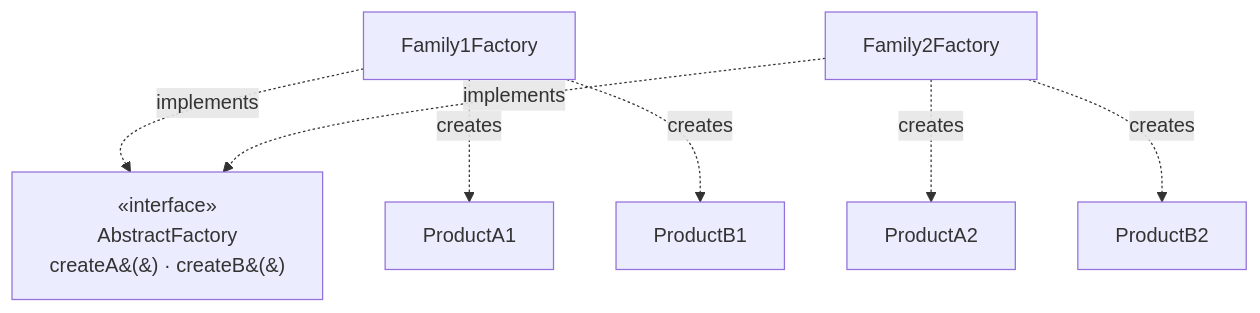
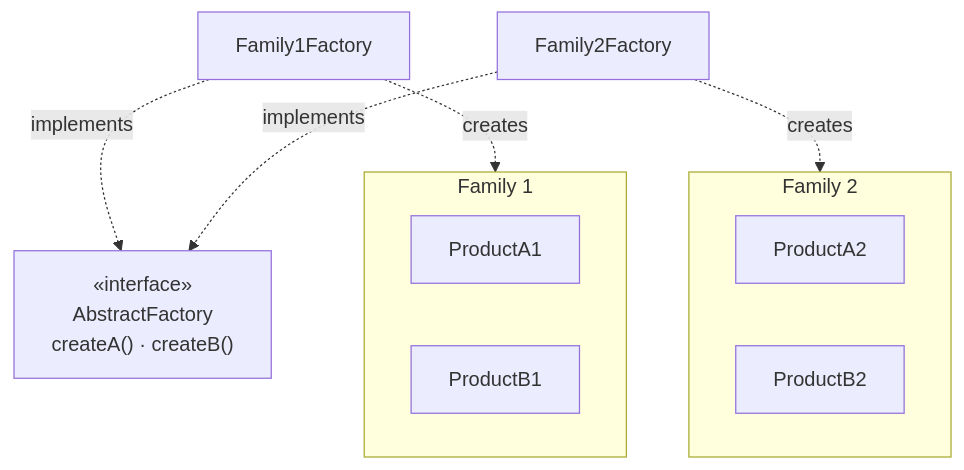
The diagram in i18n/en-US/docusaurus-plugin-content-docs/current/03-design-patterns/abstract-factory.md (oadcavalcante/software-architecture-mastery), drawn with Mermaid before and after one commit. The commit also changed 27 other files, not shown here.

First line of the commit message:
diagramas: parenteses renderizando como &(&) e largura ilegivel no telefone

````diff
--- a/i18n/en-US/docusaurus-plugin-content-docs/current/03-design-patterns/abstract-factory.md
+++ b/i18n/en-US/docusaurus-plugin-content-docs/current/03-design-patterns/abstract-factory.md
@@ -47,8 +47,16 @@
 ```mermaid
 graph TB
-  AF["«interface»<br/>AbstractFactory<br/>createA&#40;&#41; · createB&#40;&#41;"]
+  AF["«interface»<br/>AbstractFactory<br/>createA() · createB()"]
   F1[Family1Factory] -.implements.-> AF
   F2[Family2Factory] -.implements.-> AF
-  F1 -.creates.-> A1[ProductA1] & B1[ProductB1]
-  F2 -.creates.-> A2[ProductA2] & B2[ProductB2]
+  F1 -.creates.-> P1
+  F2 -.creates.-> P2
+  subgraph P1[Family 1]
+    A1[ProductA1]
+    B1[ProductB1]
+  end
+  subgraph P2[Family 2]
+    A2[ProductA2]
+    B2[ProductB2]
+  end
 ```
````
